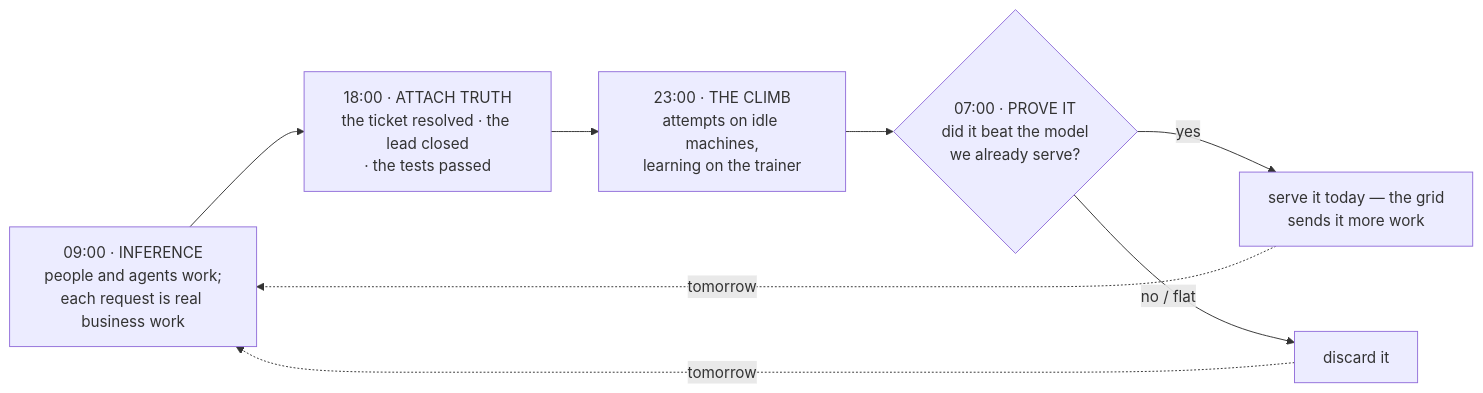
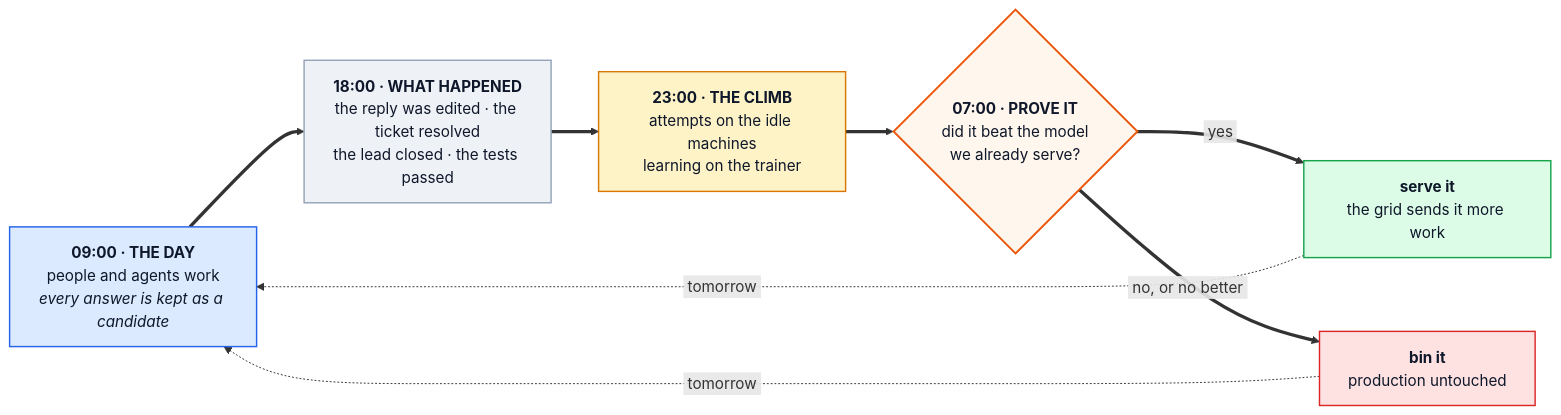
Before and after one commit to autonomous-ai/autonomous-grid: the fourth of 5 diagrams in train/README.md, drawn with Mermaid. The commit also changed other lines of this file, not shown here.

````diff
--- a/train/README.md
+++ b/train/README.md
@@ -114,14 +139,27 @@
 ```mermaid
 flowchart LR
-  D["09:00 · INFERENCE<br/>people and agents work;<br/>each request is real business work"]
-  A["18:00 · ATTACH TRUTH<br/>the ticket resolved · the lead closed<br/>· the tests passed"]
-  N["23:00 · THE CLIMB<br/>attempts on idle machines,<br/>learning on the trainer"]
-  G{"07:00 · PROVE IT<br/>did it beat the model<br/>we already serve?"}
-  S["serve it today — the grid<br/>sends it more work"]
-  X["discard it"]
-  D --> A --> N --> G
-  G -- yes --> S
-  G -- "no / flat" --> X
-  S -. "tomorrow" .-> D
-  X -. "tomorrow" .-> D
+  D["<b>09:00 · THE DAY</b><br/>people and agents work<br/><i>every answer is kept as a candidate</i>"]
+  A["<b>18:00 · WHAT HAPPENED</b><br/>the reply was edited · the ticket resolved<br/>the lead closed · the tests passed"]
+  N["<b>23:00 · THE CLIMB</b><br/>attempts on the idle machines<br/>learning on the trainer"]
+  G{"<b>07:00 · PROVE IT</b><br/>did it beat the model<br/>we already serve?"}
+  S["<b>serve it</b><br/>the grid sends it more work"]
+  X["<b>bin it</b><br/>production untouched"]
+  D ==> A ==> N ==> G
+  G == "&nbsp;yes&nbsp;" ==> S
+  G == "&nbsp;no, or no better&nbsp;" ==> X
+  S -. "&nbsp;tomorrow&nbsp;" .-> D
+  X -. "&nbsp;tomorrow&nbsp;" .-> D
+
+  classDef day fill:#dbeafe,stroke:#2563eb,stroke-width:1.5px,color:#0f172a
+  classDef truth fill:#eef2f7,stroke:#94a3b8,stroke-width:1.5px,color:#0f172a
+  classDef night fill:#fef3c7,stroke:#d97706,stroke-width:1.5px,color:#0f172a
+  classDef ask fill:#fff7ed,stroke:#ea580c,stroke-width:2px,color:#0f172a
+  classDef good fill:#dcfce7,stroke:#16a34a,stroke-width:1.5px,color:#0f172a
+  classDef bad fill:#fee2e2,stroke:#dc2626,stroke-width:1.5px,color:#0f172a
+  class D day
+  class A truth
+  class N night
+  class G ask
+  class S good
+  class X bad
 ```
````
